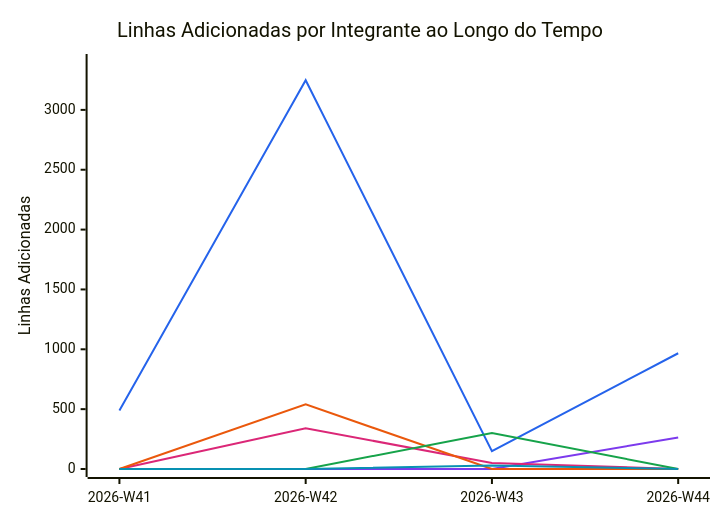
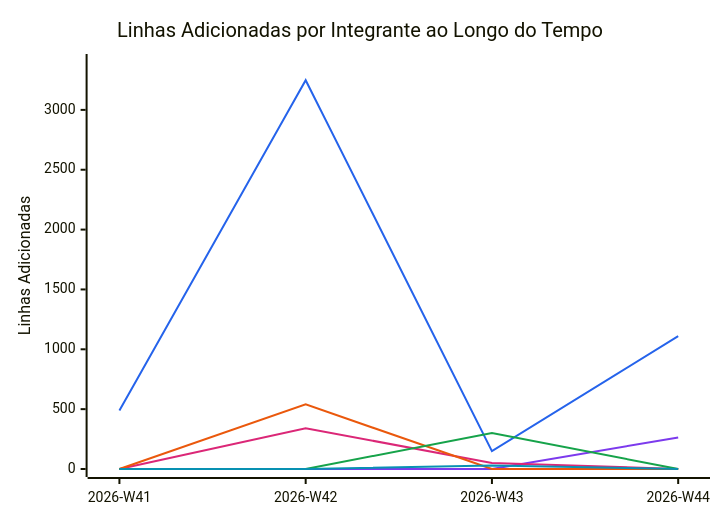
Before and after one commit to FCTE-Qualidade-de-Software-1/2026-2_T02_FRANS_BILAS: the diagram in documentation/snippets/management/code-additions.mmd, drawn with Mermaid. The commit also changed 4 other files, not shown here.

```diff
--- a/documentation/snippets/management/code-additions.mmd
+++ b/documentation/snippets/management/code-additions.mmd
@@ -1,11 +1,11 @@
 %%{init: {"themeVariables": {"xyChart": {"plotColorPalette": "#2563eb, #7c3aed, #db2777, #ea580c, #16a34a, #0891b2"}}}}%%
 xychart-beta
     title "Linhas Adicionadas por Integrante ao Longo do Tempo"
     x-axis ["2026-W41", "2026-W42", "2026-W43", "2026-W44"]
     y-axis "Linhas Adicionadas" 0 --> 3400
-    line [488, 3248, 149, 967]
+    line [488, 3248, 149, 1110]
     line [0, 0, 0, 263]
     line [0, 340, 51, 0]
     line [0, 540, 0, 0]
     line [0, 0, 301, 0]
     line [0, 0, 30, 0]
```
